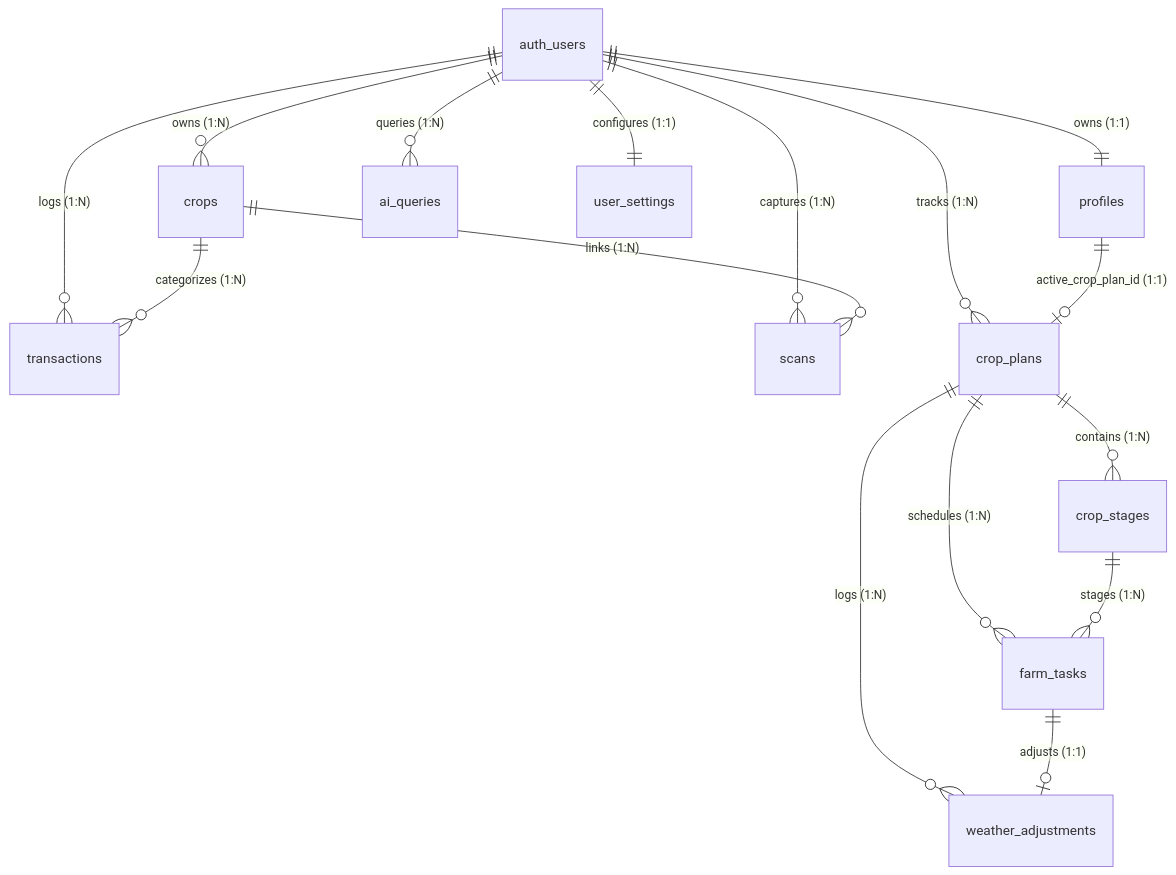
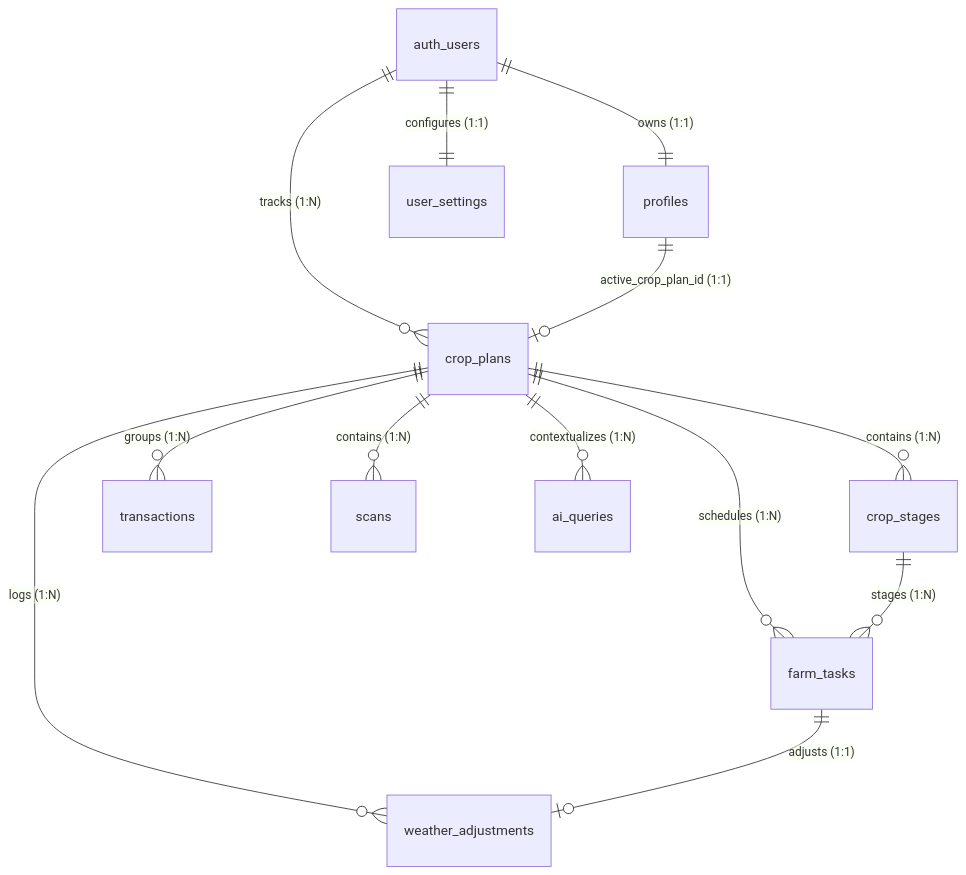
The diagram in DATABASE_ARCHITECTURE_AUDIT.md (syedwasi86/AgroGpt), drawn with Mermaid before and after one commit. The commit also changed other lines of this file and 45 other files, not shown here.

````diff
--- a/DATABASE_ARCHITECTURE_AUDIT.md
+++ b/DATABASE_ARCHITECTURE_AUDIT.md
@@ -361,22 +349,18 @@
 ```mermaid
 erDiagram
     auth_users ||--|| profiles : "owns (1:1)"
-    auth_users ||--o{ crops : "owns (1:N)"
-    auth_users ||--o{ transactions : "logs (1:N)"
-    auth_users ||--o{ scans : "captures (1:N)"
-    auth_users ||--o{ ai_queries : "queries (1:N)"
     auth_users ||--|| user_settings : "configures (1:1)"
     auth_users ||--o{ crop_plans : "tracks (1:N)"
-
+    
     profiles ||--o| crop_plans : "active_crop_plan_id (1:1)"
-
-    crops ||--o{ transactions : "categorizes (1:N)"
-    crops ||--o{ scans : "links (1:N)"
 
     crop_plans ||--o{ crop_stages : "contains (1:N)"
     crop_plans ||--o{ farm_tasks : "schedules (1:N)"
     crop_plans ||--o{ weather_adjustments : "logs (1:N)"
+    crop_plans ||--o{ transactions : "groups (1:N)"
+    crop_plans ||--o{ scans : "contains (1:N)"
+    crop_plans ||--o{ ai_queries : "contextualizes (1:N)"
 
     crop_stages ||--o{ farm_tasks : "stages (1:N)"
     farm_tasks ||--o| weather_adjustments : "adjusts (1:1)"
 ```
````
